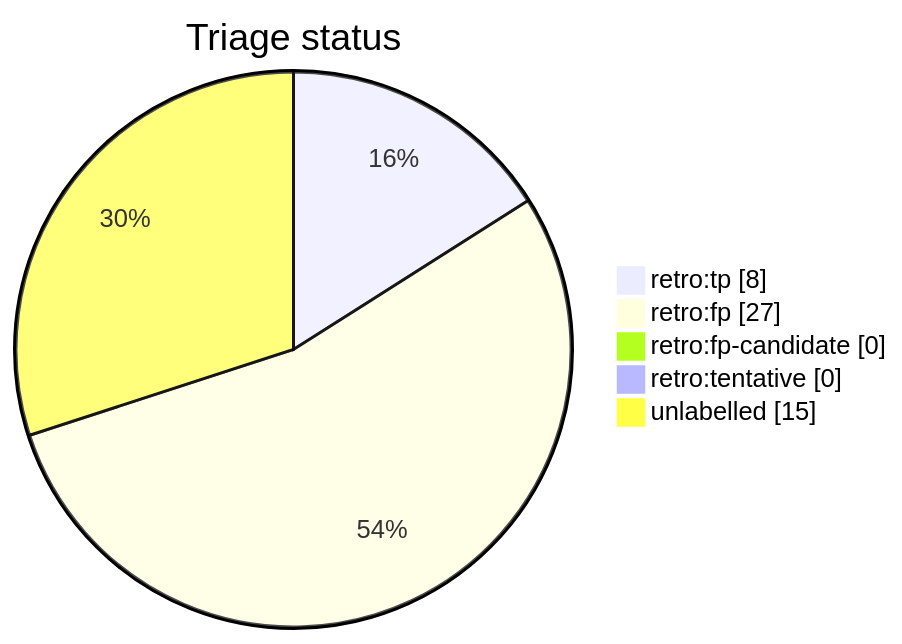
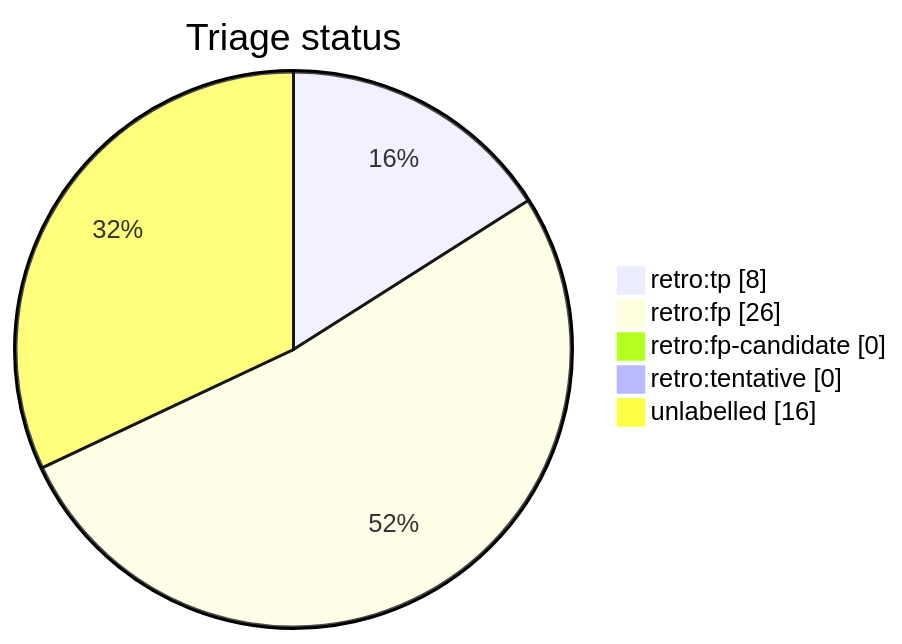
Before and after one commit to tvna/claude-md: the diagram in docs/generated/scripts/auto-retro-triage-report.md, drawn with Mermaid. The commit also changed other lines of this file, not shown here.

First line of the commit message:
chore(auto-retro): refresh triage report

````diff
--- a/docs/generated/scripts/auto-retro-triage-report.md
+++ b/docs/generated/scripts/auto-retro-triage-report.md
@@ -15,9 +15,9 @@
 ```mermaid
 pie showData
     title Triage status
     "retro:tp" : 8
-    "retro:fp" : 27
+    "retro:fp" : 26
     "retro:fp-candidate" : 0
     "retro:tentative" : 0
-    "unlabelled" : 15
+    "unlabelled" : 16
 ```
````
